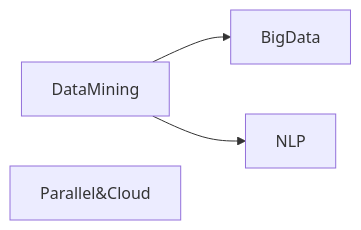
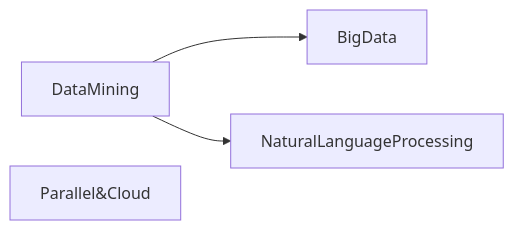
The third of 3 diagrams in README.md (BenagainB/CSDegreeInPython), drawn with Mermaid before and after one commit. The commit also changed other lines of this file and 2 other files, not shown here.

````diff
--- a/README.md
+++ b/README.md
@@ -73,6 +73,6 @@
 ```mermaid
 graph LR;
     DataMining-->BigData;
-    DataMining-->NLP;
+    DataMining-->NaturalLanguageProcessing;
     Parallel&Cloud;
 ```
````
